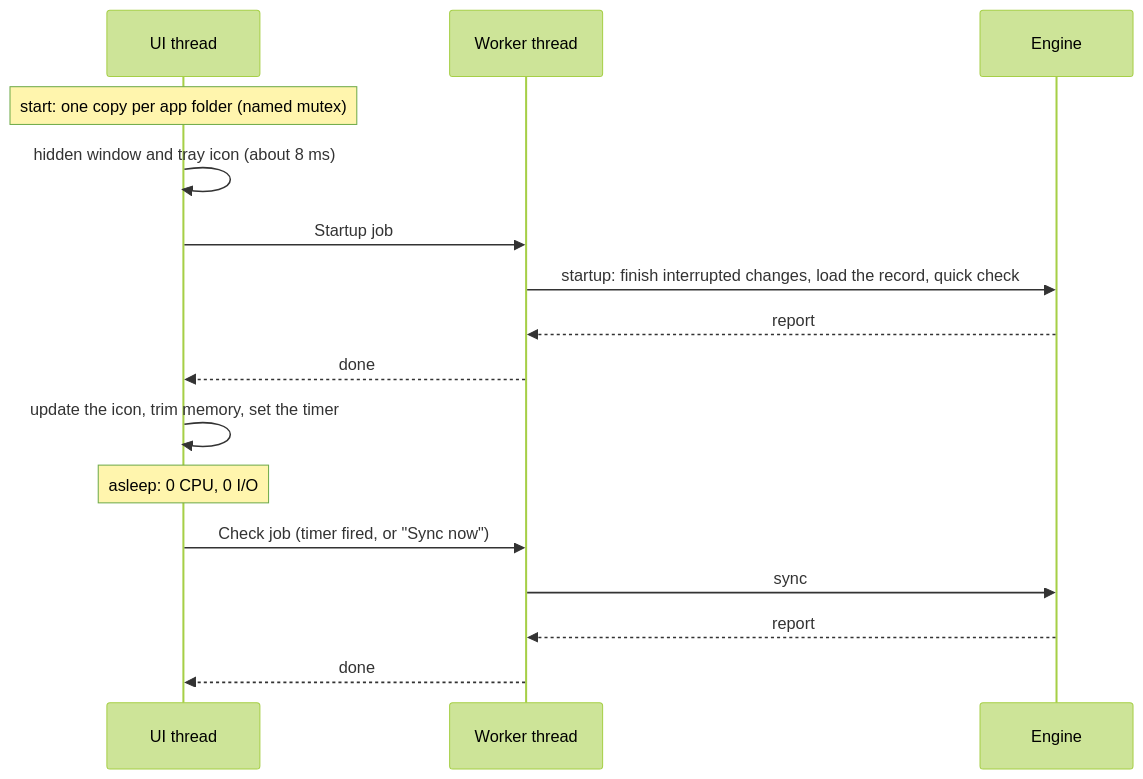
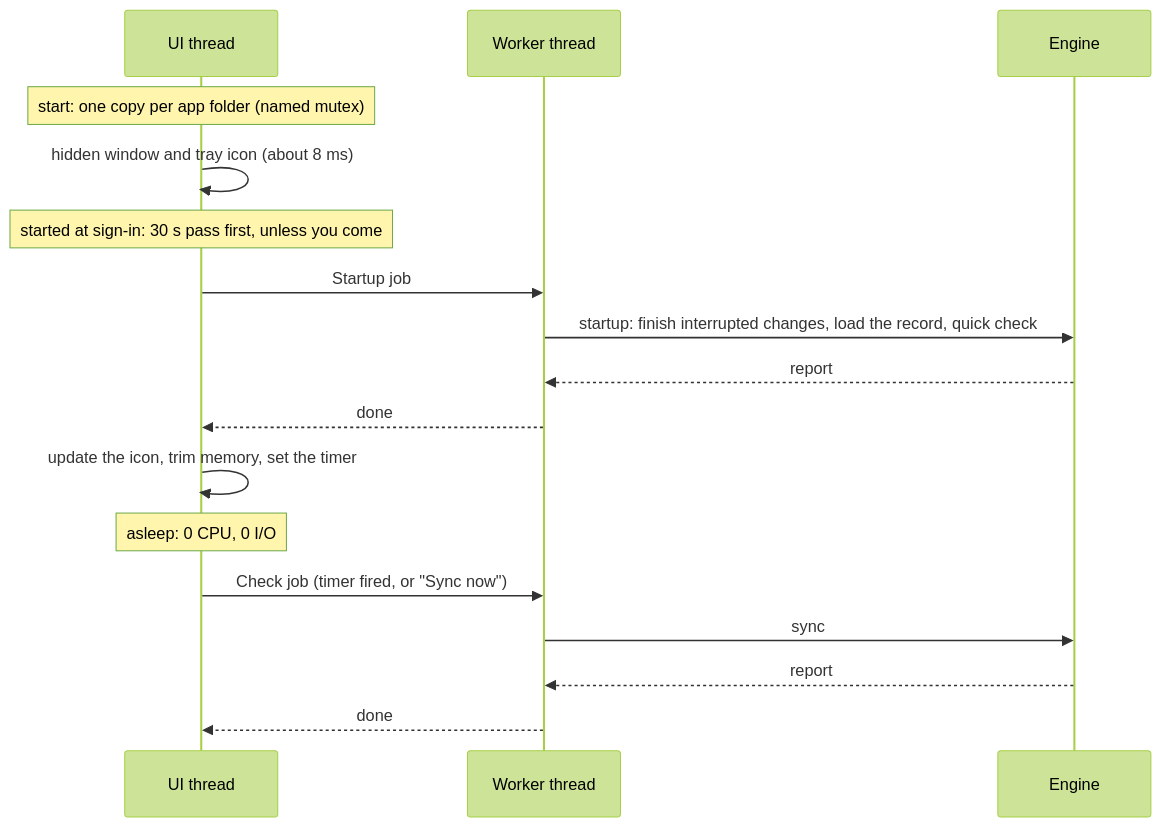
Before and after one commit to AngelosP/tiny-skill-sync: the second of 6 diagrams in ARCHITECTURE.md, drawn with Mermaid (forest theme). The commit also changed other lines of this file and 27 other files, not shown here.

````diff
--- a/ARCHITECTURE.md
+++ b/ARCHITECTURE.md
@@ -68,18 +70,19 @@
 ```mermaid
 sequenceDiagram
     participant UI as UI thread
     participant W as Worker thread
     participant E as Engine
     Note over UI: start: one copy per app folder (named mutex)
     UI->>UI: hidden window and tray icon (about 8 ms)
+    Note over UI: started at sign-in: 30 s pass first, unless you come
     UI->>W: Startup job
     W->>E: startup: finish interrupted changes, load the record, quick check
     E-->>W: report
     W-->>UI: done
     UI->>UI: update the icon, trim memory, set the timer
     Note over UI: asleep: 0 CPU, 0 I/O
     UI->>W: Check job (timer fired, or "Sync now")
     W->>E: sync
     E-->>W: report
     W-->>UI: done
 ```
````
